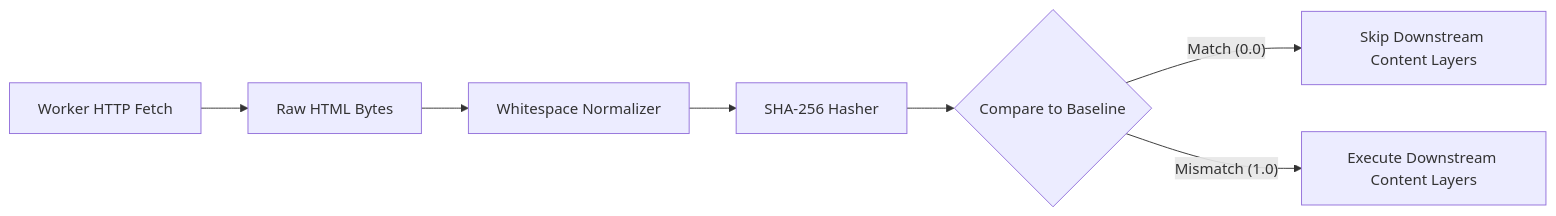
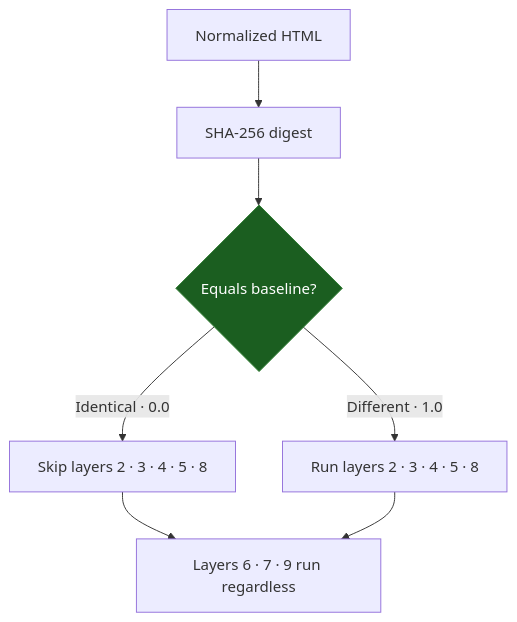
The diagram in docs/layers/1-content-hash.mdx (Ns81000/WARDRESS), drawn with Mermaid before and after one commit. The commit also changed other lines of this file and 20 other files, not shown here.

Commit message:
docs: initialize project documentation suite with architectural overviews, detection layer details, and frontend workbench guides

````diff
--- a/docs/layers/1-content-hash.mdx
+++ b/docs/layers/1-content-hash.mdx
@@ -31,9 +57,12 @@
 ```mermaid
-graph LR
-    FETCH[Worker HTTP Fetch] --> HTML[Raw HTML Bytes]
-    HTML --> NORM[Whitespace Normalizer]
-    NORM --> HASH[SHA-256 Hasher]
-    HASH --> CMP{Compare to Baseline}
-    CMP -- "Match (0.0)" --> SKIP[Skip Downstream Content Layers]
-    CMP -- "Mismatch (1.0)" --> RUN[Execute Downstream Content Layers]
+flowchart TB
+    H[Normalized HTML] --> D[SHA-256 digest]
+    D --> C{Equals baseline?}
+    C -->|Identical · 0.0| SKIP[Skip layers 2 · 3 · 4 · 5 · 8]
+    C -->|Different · 1.0| RUN[Run layers 2 · 3 · 4 · 5 · 8]
+    SKIP --> ALWAYS[Layers 6 · 7 · 9 run regardless]
+    RUN --> ALWAYS
+
+    classDef gate fill:#1b5e20,stroke:#2e7d32,color:#fff;
+    class C gate;
 ```
````
